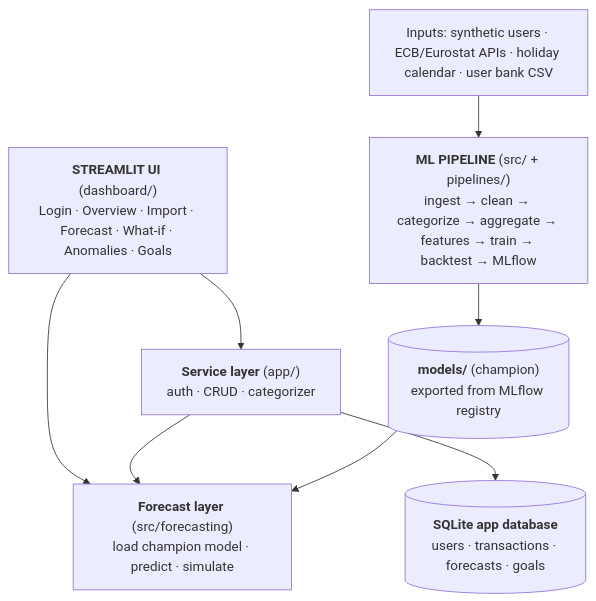
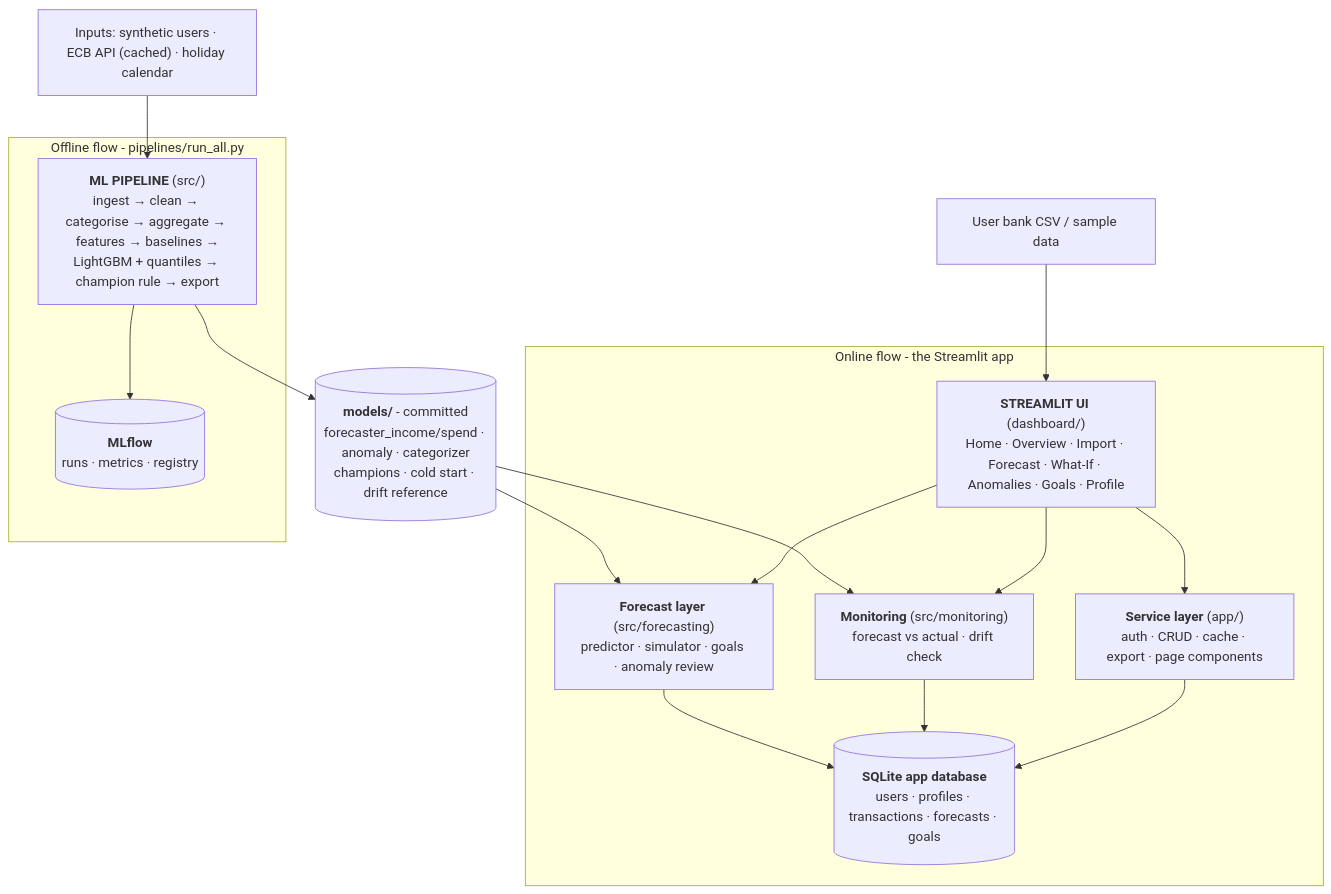
One commit to OmPatil2806/FinCast-Predict-Your-Next-Month-s-Income-Spending-and-Balance changed the first of 3 diagrams in README.md. Above: the diagram before and after it, drawn with Mermaid. The commit also changed other lines of this file and 9 other files, not shown here.

Commit message:
Update the README with screenshots, architecture, quick start, results and limitations (step 9.6)

````diff
--- a/README.md
+++ b/README.md
@@ -128,18 +179,29 @@
 ```mermaid
 flowchart TB
-    UI["<b>STREAMLIT UI</b> (dashboard/)<br/>Login · Overview · Import · Forecast · What-if · Anomalies · Goals"]
-    SVC["<b>Service layer</b> (app/)<br/>auth · CRUD · categorizer"]
-    FC["<b>Forecast layer</b> (src/forecasting)<br/>load champion model · predict · simulate"]
-    DB[("<b>SQLite app database</b><br/>users · transactions · forecasts · goals")]
-    MODELS[("<b>models/</b> (champion)<br/>exported from MLflow registry")]
-    PIPE["<b>ML PIPELINE</b> (src/ + pipelines/)<br/>ingest → clean → categorize → aggregate → features → train → backtest → MLflow"]
-    INPUTS["Inputs: synthetic users · ECB/Eurostat APIs · holiday calendar · user bank CSV"]
+    subgraph ONLINE["Online flow - the Streamlit app"]
+        UI["<b>STREAMLIT UI</b> (dashboard/)<br/>Home · Overview · Import · Forecast · What-If · Anomalies · Goals · Profile"]
+        SVC["<b>Service layer</b> (app/)<br/>auth · CRUD · cache · export · page components"]
+        FC["<b>Forecast layer</b> (src/forecasting)<br/>predictor · simulator · goals · anomaly review"]
+        MON["<b>Monitoring</b> (src/monitoring)<br/>forecast vs actual · drift check"]
+        DB[("<b>SQLite app database</b><br/>users · profiles · transactions · forecasts · goals")]
+    end
+    MODELS[("<b>models/</b> - committed<br/>forecaster_income/spend · anomaly · categorizer<br/>champions · cold start · drift reference")]
+    subgraph OFFLINE["Offline flow - pipelines/run_all.py"]
+        PIPE["<b>ML PIPELINE</b> (src/)<br/>ingest → clean → categorise → aggregate → features → baselines →<br/>LightGBM + quantiles → champion rule → export"]
+        MLF[("<b>MLflow</b><br/>runs · metrics · registry")]
+    end
+    INPUTS["Inputs: synthetic users · ECB API (cached) · holiday calendar"]
+    CSV["User bank CSV / sample data"]
 
-    UI --> SVC
+    CSV --> UI
+    UI --> SVC --> DB
     UI --> FC
-    SVC --> FC
-    SVC --> DB
+    UI --> MON
+    MON --> DB
+    FC --> DB
     MODELS --> FC
+    MODELS --> MON
+    INPUTS --> PIPE
+    PIPE --> MLF
     PIPE --> MODELS
-    INPUTS --> PIPE
 ```
````
